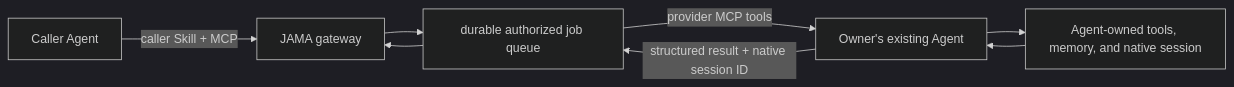
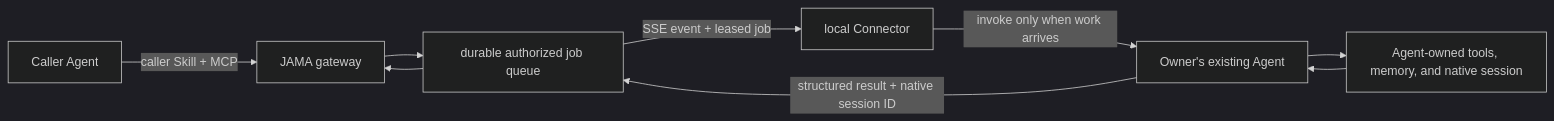
Before and after one commit to cjy4979/JustAskMyAI: the diagram in docs/agent-integration.md, drawn with Mermaid (dark theme). The commit also changed other lines of this file and 14 other files, not shown here.

````diff
--- a/docs/agent-integration.md
+++ b/docs/agent-integration.md
@@ -10,10 +10,11 @@
 ```mermaid
 flowchart LR
   Caller["Caller Agent"] -->|"caller Skill + MCP"| Gateway["JAMA gateway"]
   Gateway --> Queue["durable authorized job queue"]
-  Queue -->|"provider MCP tools"| Provider["Owner's existing Agent"]
+  Queue -->|"SSE event + leased job"| Connector["local Connector"]
+  Connector -->|"invoke only when work arrives"| Provider["Owner's existing Agent"]
   Provider --> Native["Agent-owned tools, memory, and native session"]
   Native --> Provider
   Provider -->|"structured result + native session ID"| Queue
   Queue --> Gateway
 ```
````
